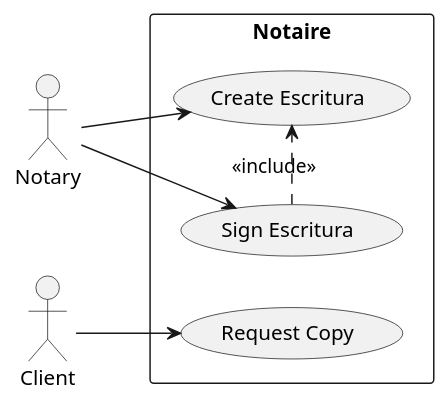
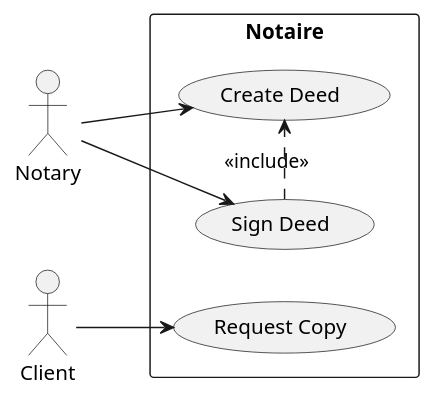
Before and after one commit to matiaspakua/notaire: the fourth of 18 diagrams in .claude/skills/plantuml/references/diagram-types.md, drawn with PlantUML. The commit also changed other lines of this file and 1430 other files, not shown here.

````diff
--- a/.claude/skills/plantuml/references/diagram-types.md
+++ b/.claude/skills/plantuml/references/diagram-types.md
@@ -159,16 +159,16 @@
 ```plantuml
 @startuml
 left to right direction
 actor "Notary" as notary
 actor "Client" as client
 rectangle Notaire {
-  usecase "Create Escritura" as UC1
-  usecase "Sign Escritura" as UC2
+  usecase "Create Deed" as UC1
+  usecase "Sign Deed" as UC2
   usecase "Request Copy" as UC3
 }
 notary --> UC1
 notary --> UC2
 client --> UC3
 UC2 .> UC1 : <<include>>
 @enduml
 ```
````
